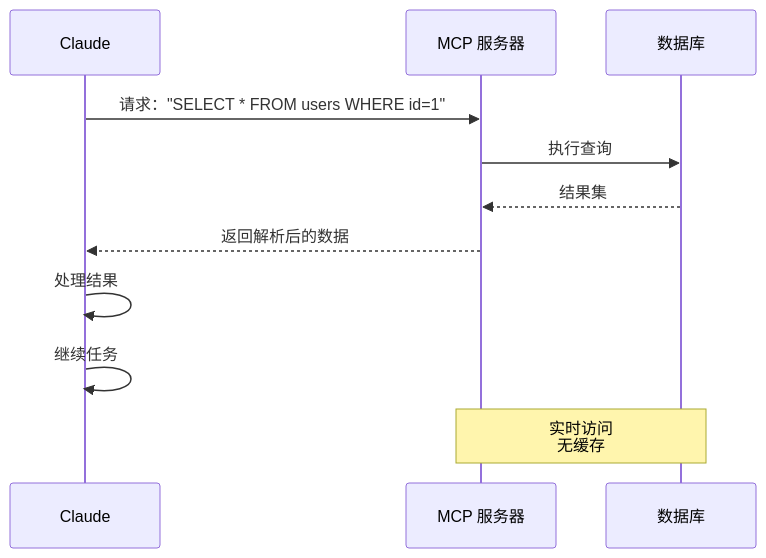
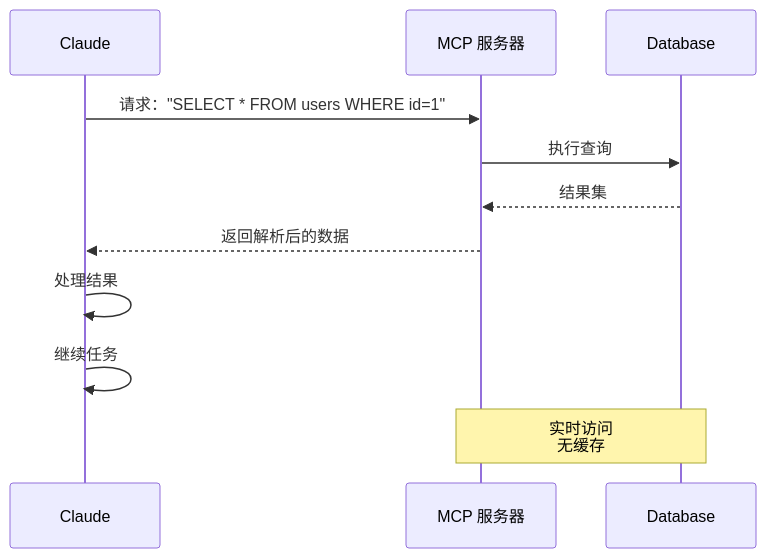
One commit to Rx782-Fss/claude-howto-zh changed diagram 16 of 31 in claude_concepts_guide.md. Above: the diagram before and after it, drawn with Mermaid. The commit also changed other lines of this file and 4 other files, not shown here.

Commit message:
fix: sequenceDiagram participant as 中文别名改为英文避免 GitHub 渲染失败

````diff
--- a/claude_concepts_guide.md
+++ b/claude_concepts_guide.md
@@ -1206,15 +1206,15 @@
 ```mermaid
 sequenceDiagram
     participant App as Claude
     participant MCP as MCP 服务器
-    participant DB as 数据库
+    participant DB as Database
 
     App->>MCP: 请求："SELECT * FROM users WHERE id=1"
     MCP->>DB: 执行查询
     DB-->>MCP: 结果集
     MCP-->>App: 返回解析后的数据
     App->>App: 处理结果
     App->>App: 继续任务
 
     Note over MCP,DB: 实时访问<br/>无缓存
 ```
````
